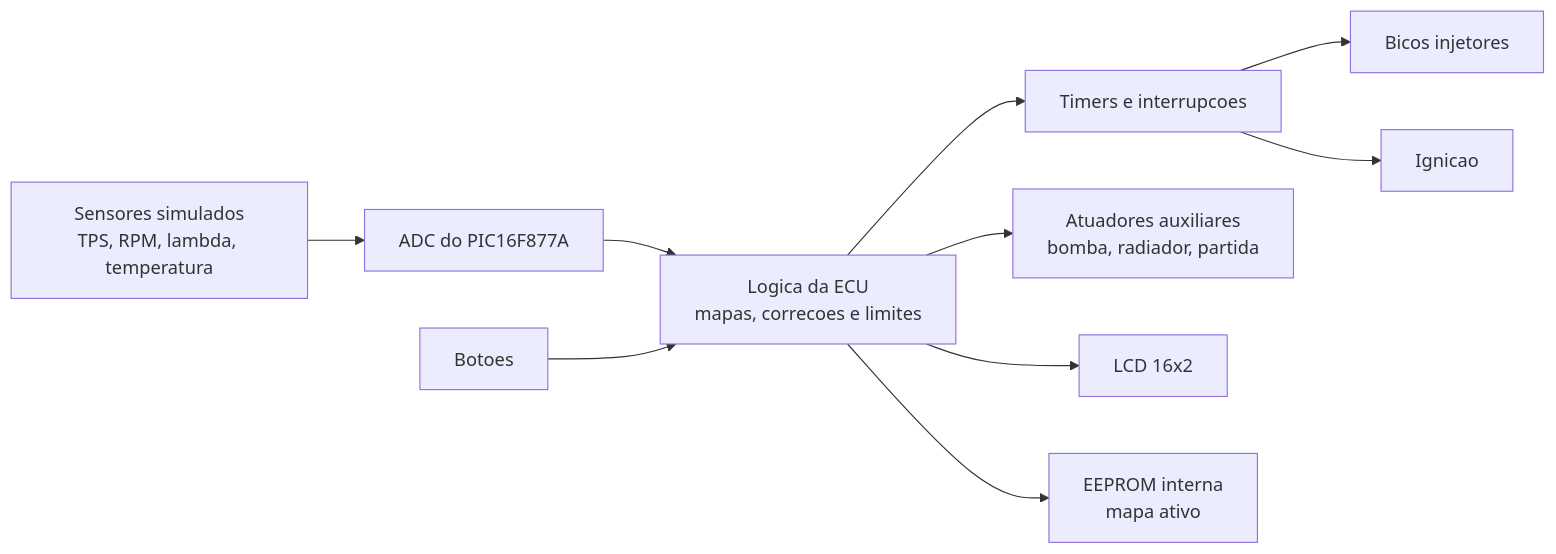
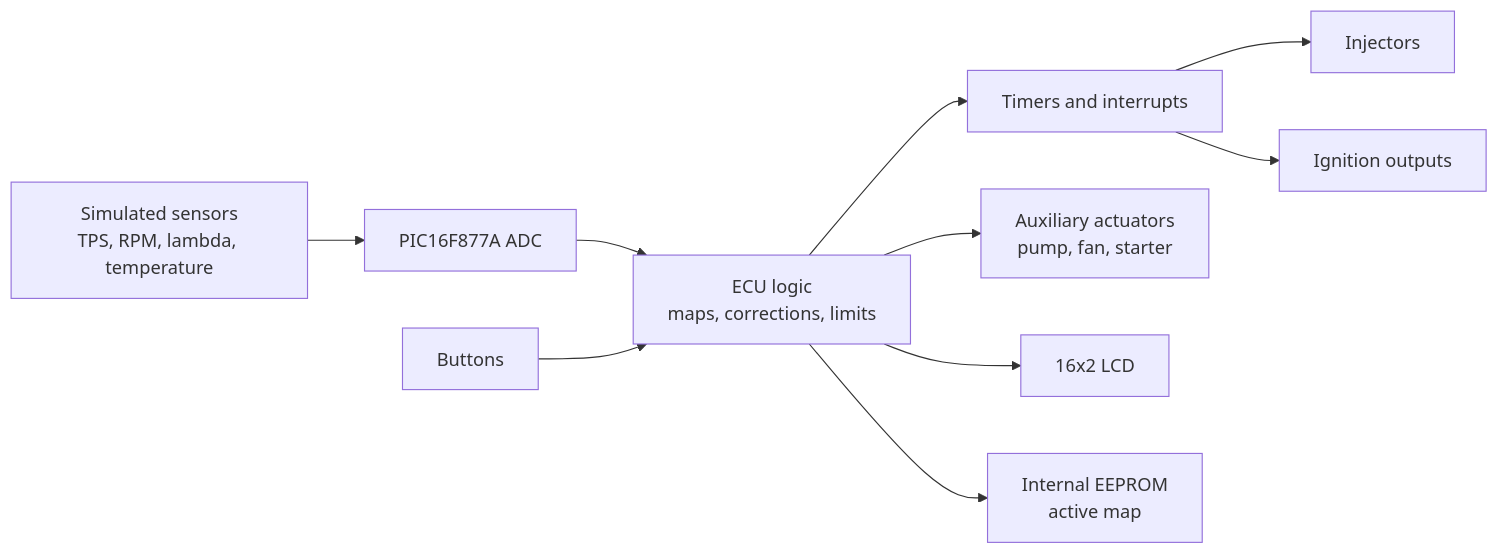
One commit to felipeschmitt04/ecu-pic16f877a changed the diagram in README.md. Above: the diagram before and after it, drawn with Mermaid. The commit also changed other lines of this file and 3 other files, not shown here.

````diff
--- a/README.md
+++ b/README.md
@@ -53,12 +54,12 @@
 ```mermaid
 flowchart LR
-    A["Sensores simulados<br/>TPS, RPM, lambda, temperatura"] --> B["ADC do PIC16F877A"]
-    B --> C["Logica da ECU<br/>mapas, correcoes e limites"]
-    C --> D["Timers e interrupcoes"]
-    D --> E["Bicos injetores"]
-    D --> F["Ignicao"]
-    C --> G["Atuadores auxiliares<br/>bomba, radiador, partida"]
-    C --> H["LCD 16x2"]
-    I["Botoes"] --> C
-    C --> J["EEPROM interna<br/>mapa ativo"]
+    A["Simulated sensors<br/>TPS, RPM, lambda, temperature"] --> B["PIC16F877A ADC"]
+    B --> C["ECU logic<br/>maps, corrections, limits"]
+    C --> D["Timers and interrupts"]
+    D --> E["Injectors"]
+    D --> F["Ignition outputs"]
+    C --> G["Auxiliary actuators<br/>pump, fan, starter"]
+    C --> H["16x2 LCD"]
+    I["Buttons"] --> C
+    C --> J["Internal EEPROM<br/>active map"]
 ```
````
